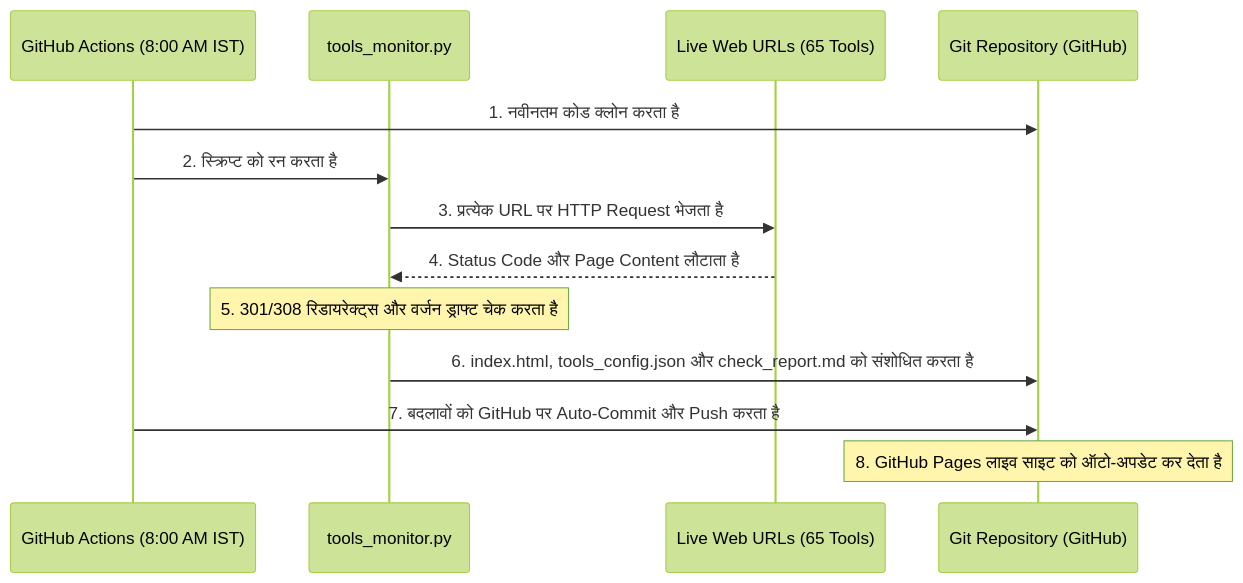
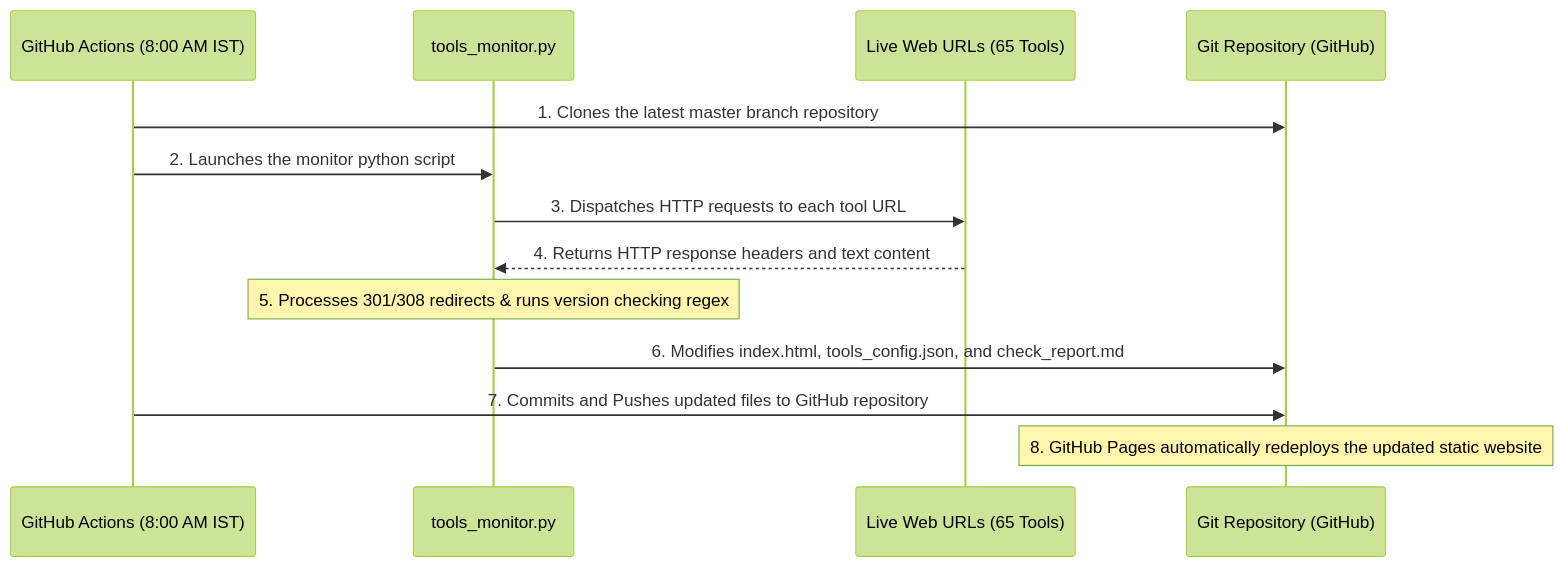
Before and after one commit to shanuuikey1/LATEST-AI-TOOLS-DIRECTORY: the diagram in PROJECT_REPORT.md, drawn with Mermaid (forest theme). The commit also changed other lines of this file, not shown here.

Commit message:
Update project report to English version

````diff
--- a/PROJECT_REPORT.md
+++ b/PROJECT_REPORT.md
@@ -71,16 +69,16 @@
 ```mermaid
 sequenceDiagram
     participant GitHub as GitHub Actions (8:00 AM IST)
     participant Python as tools_monitor.py
     participant Web as Live Web URLs (65 Tools)
     participant Repo as Git Repository (GitHub)
 
-    GitHub->>Repo: 1. नवीनतम कोड क्लोन करता है
-    GitHub->>Python: 2. स्क्रिप्ट को रन करता है
-    Python->>Web: 3. प्रत्येक URL पर HTTP Request भेजता है
-    Web-->>Python: 4. Status Code और Page Content लौटाता है
-    Note over Python: 5. 301/308 रिडायरेक्ट्स और वर्जन ड्राफ्ट चेक करता है
-    Python->>Repo: 6. index.html, tools_config.json और check_report.md को संशोधित करता है
-    GitHub->>Repo: 7. बदलावों को GitHub पर Auto-Commit और Push करता है
-    Note over Repo: 8. GitHub Pages लाइव साइट को ऑटो-अपडेट कर देता है
+    GitHub->>Repo: 1. Clones the latest master branch repository
+    GitHub->>Python: 2. Launches the monitor python script
+    Python->>Web: 3. Dispatches HTTP requests to each tool URL
+    Web-->>Python: 4. Returns HTTP response headers and text content
+    Note over Python: 5. Processes 301/308 redirects & runs version checking regex
+    Python->>Repo: 6. Modifies index.html, tools_config.json, and check_report.md
+    GitHub->>Repo: 7. Commits and Pushes updated files to GitHub repository
+    Note over Repo: 8. GitHub Pages automatically redeploys the updated static website
 ```
````
